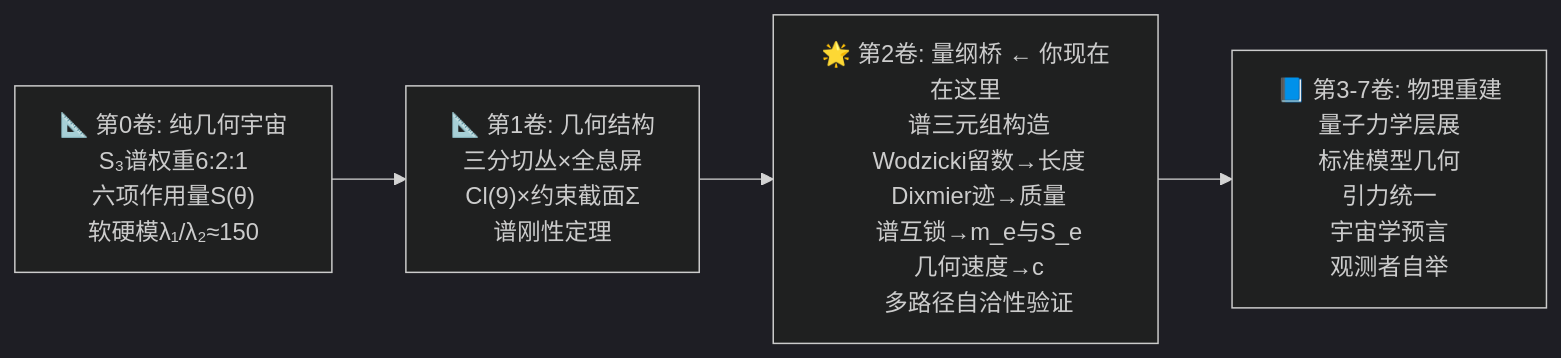
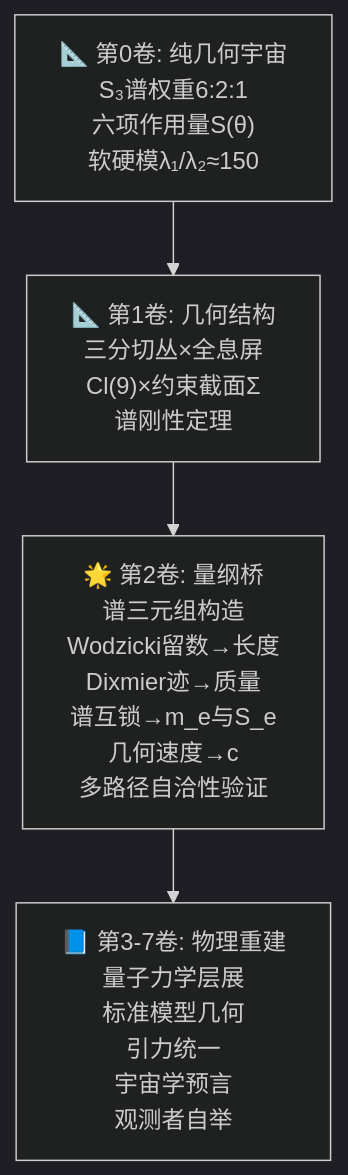
One commit to sdoygb/geometry-ai-server changed the diagram in app/articles/GT-Vault/Vol-2_量纲桥/2.0_前言.md. Above: the diagram before and after it, drawn with Mermaid (dark theme). The commit also changed other lines of this file, not shown here.

Commit message:
AI修改: GT-Vault/Vol-2_量纲桥/2.0_前言.md (73行)

````diff
--- a/app/articles/GT-Vault/Vol-2_量纲桥/2.0_前言.md
+++ b/app/articles/GT-Vault/Vol-2_量纲桥/2.0_前言.md
@@ -32,27 +26,7 @@
 ```mermaid
-flowchart LR
-    A["📐 第0卷: 纯几何宇宙
-    S₃谱权重6:2:1
-    六项作用量S(θ)
-    软硬模λ₁/λ₂≈150"] --> B
-
-    B["📐 第1卷: 几何结构
-    三分切丛×全息屏
-    Cl(9)×约束截面Σ
-    谱刚性定理"] --> C
-
-    C["🌟 第2卷: 量纲桥 ← 你现在在这里
-    谱三元组构造
-    Wodzicki留数→长度
-    Dixmier迹→质量
-    谱互锁→m_e与S_e
-    几何速度→c
-    多路径自洽性验证"] --> D
-
-    D["📘 第3-7卷: 物理重建
-    量子力学层展
-    标准模型几何
-    引力统一
-    宇宙学预言
-    观测者自举"]
+flowchart TD
+    A["📐 第0卷: 纯几何宇宙<br>S₃谱权重6:2:1<br>六项作用量S(θ)<br>软硬模λ₁/λ₂≈150"] --> B
+    B["📐 第1卷: 几何结构<br>三分切丛×全息屏<br>Cl(9)×约束截面Σ<br>谱刚性定理"] --> C
+    C["🌟 第2卷: 量纲桥<br>谱三元组构造<br>Wodzicki留数→长度<br>Dixmier迹→质量<br>谱互锁→m_e与S_e<br>几何速度→c<br>多路径自洽性验证"] --> D
+    D["📘 第3-7卷: 物理重建<br>量子力学层展<br>标准模型几何<br>引力统一<br>宇宙学预言<br>观测者自举"]
 ```
````
